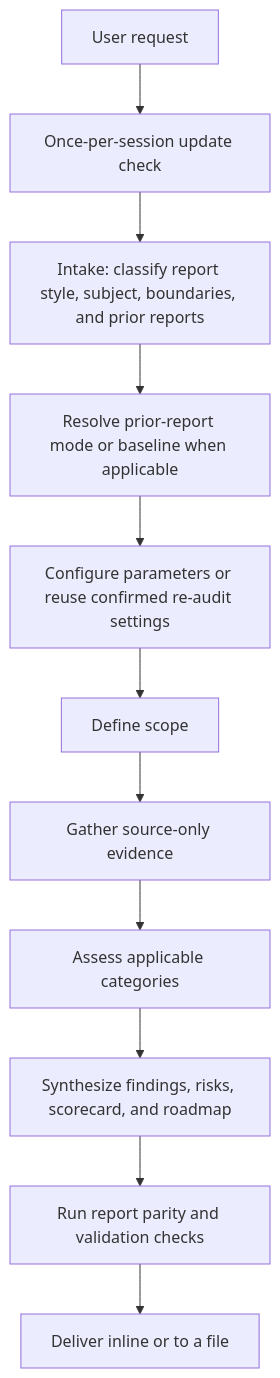
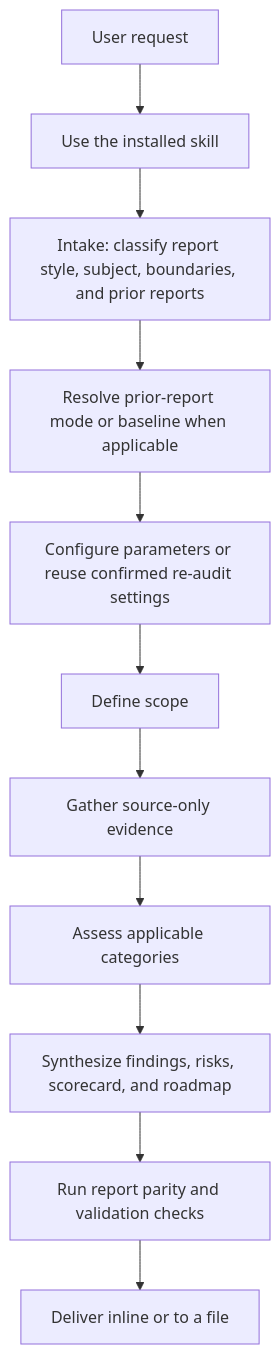
Before and after one commit to zoltraks/lens-skill: the diagram in README.md, drawn with Mermaid. The commit also changed other lines of this file and 11 other files, not shown here.

Commit message:
Version 3.0.2. Make upstream checks opt-in while using the installed skill by default, simplify the skill router and operation map, and update procedures, documentation, and evaluations for the revised update behavior.

````diff
--- a/README.md
+++ b/README.md
@@ -364,13 +364,13 @@
 ```mermaid
 flowchart TD
-    A[User request] --> B[Once-per-session update check]
+    A[User request] --> B[Use the installed skill]
     B --> C[Intake: classify report style, subject, boundaries, and prior reports]
     C --> D[Resolve prior-report mode or baseline when applicable]
     D --> E[Configure parameters or reuse confirmed re-audit settings]
     E --> F[Define scope]
     F --> G[Gather source-only evidence]
     G --> H[Assess applicable categories]
     H --> I[Synthesize findings, risks, scorecard, and roadmap]
     I --> J[Run report parity and validation checks]
     J --> K[Deliver inline or to a file]
 ```
````
